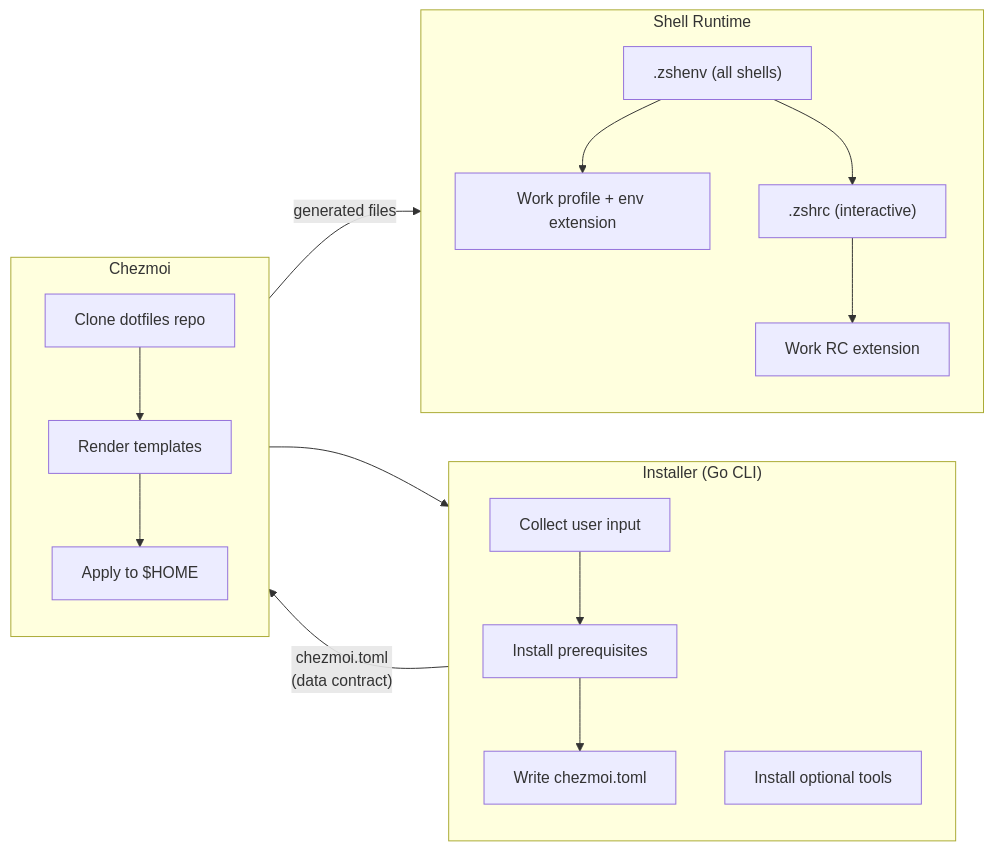
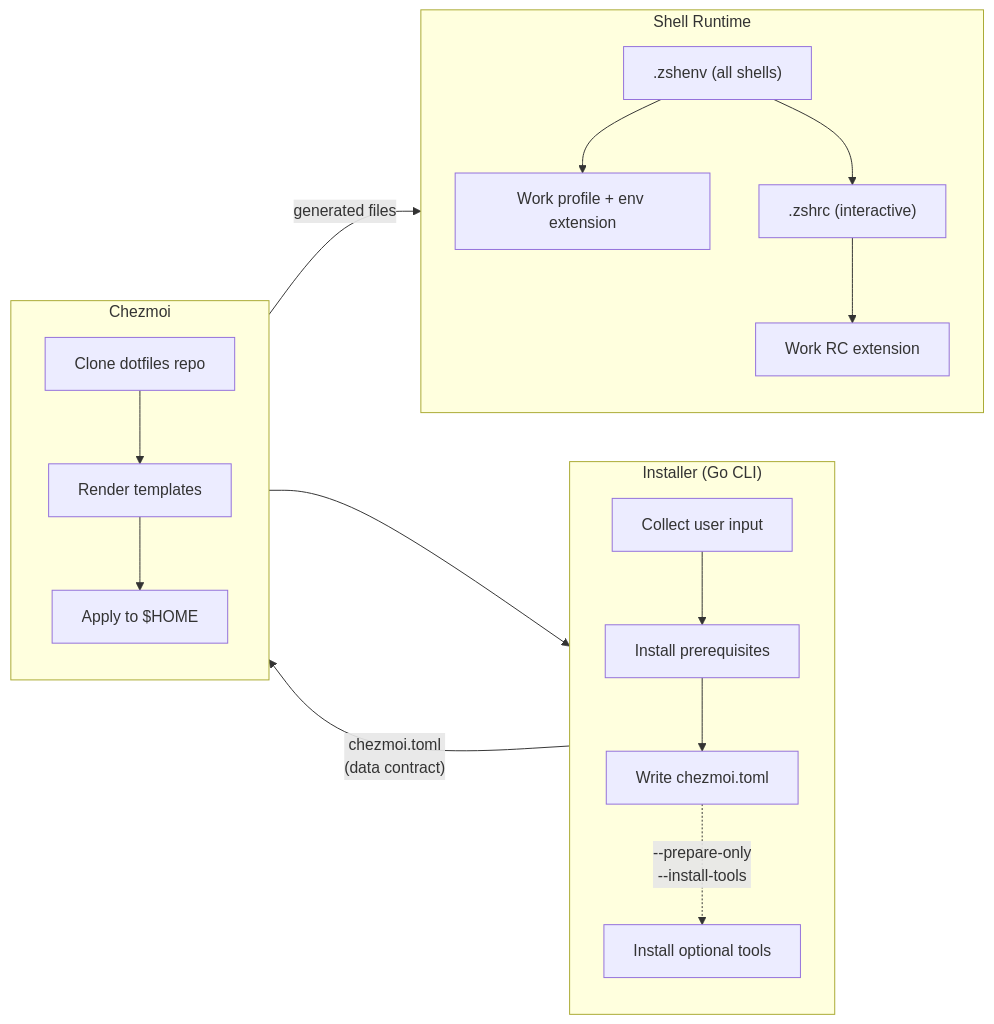
One commit to MrPointer/dotfiles changed the diagram in docs/architecture.md. Above: the diagram before and after it, drawn with Mermaid. The commit also changed other lines of this file and 7 other files, not shown here.

````diff
--- a/docs/architecture.md
+++ b/docs/architecture.md
@@ -63,34 +74,35 @@
 ```mermaid
 flowchart LR
     subgraph installer ["Installer (Go CLI)"]
         direction TB
         I1[Collect user input]
         I2[Install prerequisites]
         I3[Write chezmoi.toml]
         I4[Install optional tools]
     end
 
     subgraph chezmoi ["Chezmoi"]
         direction TB
         C1["Clone dotfiles repo"]
         C2["Render templates"]
         C3["Apply to $HOME"]
     end
 
     subgraph runtime ["Shell Runtime"]
         direction TB
         R1[".zshenv (all shells)"]
         R2[".zshrc (interactive)"]
         R3["Work profile + env extension"]
         R4["Work RC extension"]
     end
 
     I1 --> I2 --> I3
     I3 -- "chezmoi.toml\n(data contract)" --> C1
     C1 --> C2 --> C3
     C3 -- "generated files" --> R1
     C3 --> I4
+    I3 -. "--prepare-only\n--install-tools" .-> I4
     R1 --> R3
     R1 --> R2
     R2 --> R4
 ```
````
